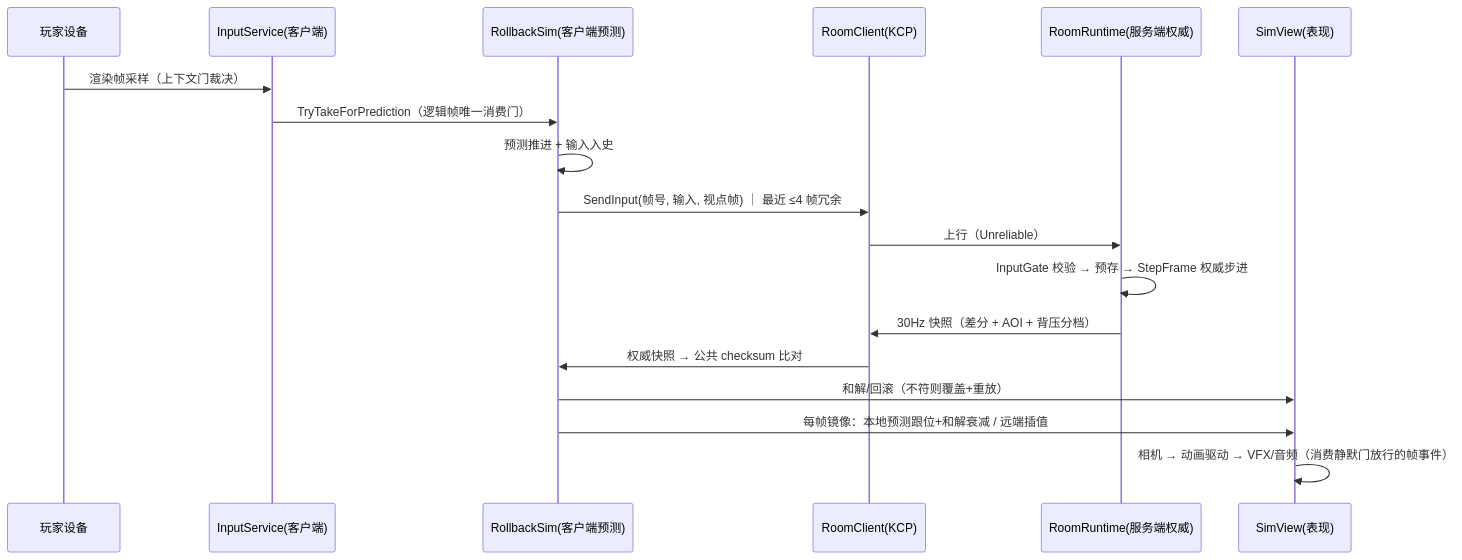
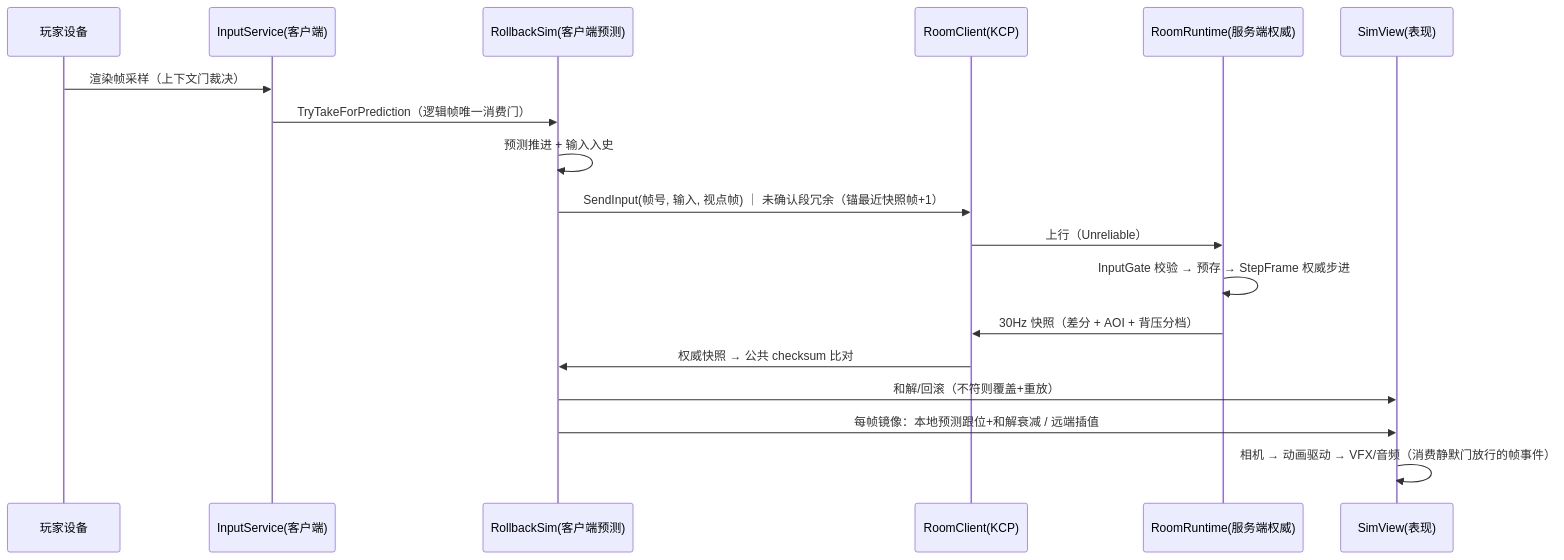
Before and after one commit to highhunter777/LiteFrameWork: the third of 4 diagrams in Docs/项目说明/02-总体流程.md, drawn with Mermaid. The commit also changed other lines of this file and 20 other files, not shown here.

````diff
--- a/Docs/项目说明/02-总体流程.md
+++ b/Docs/项目说明/02-总体流程.md
@@ -73,20 +73,20 @@
 ```mermaid
 sequenceDiagram
     participant U as 玩家设备
     participant I as InputService(客户端)
     participant S as RollbackSim(客户端预测)
     participant N as RoomClient(KCP)
     participant R as RoomRuntime(服务端权威)
     participant V as SimView(表现)
     U->>I: 渲染帧采样（上下文门裁决）
     I->>S: TryTakeForPrediction（逻辑帧唯一消费门）
     S->>S: 预测推进 + 输入入史
-    S->>N: SendInput(帧号, 输入, 视点帧) ｜ 最近 ≤4 帧冗余
+    S->>N: SendInput(帧号, 输入, 视点帧) ｜ 未确认段冗余（锚最近快照帧+1）
     N->>R: 上行（Unreliable）
     R->>R: InputGate 校验 → 预存 → StepFrame 权威步进
     R->>N: 30Hz 快照（差分 + AOI + 背压分档）
     N->>S: 权威快照 → 公共 checksum 比对
     S->>V: 和解/回滚（不符则覆盖+重放）
     S->>V: 每帧镜像：本地预测跟位+和解衰减 / 远端插值
     V->>V: 相机 → 动画驱动 → VFX/音频（消费静默门放行的帧事件）
 ```
````
